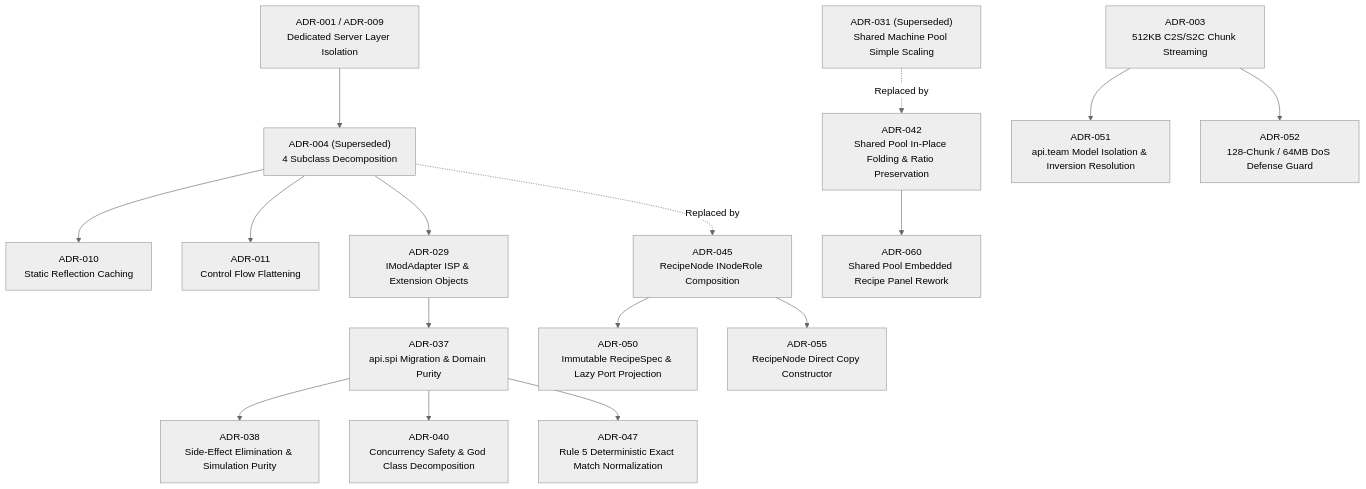
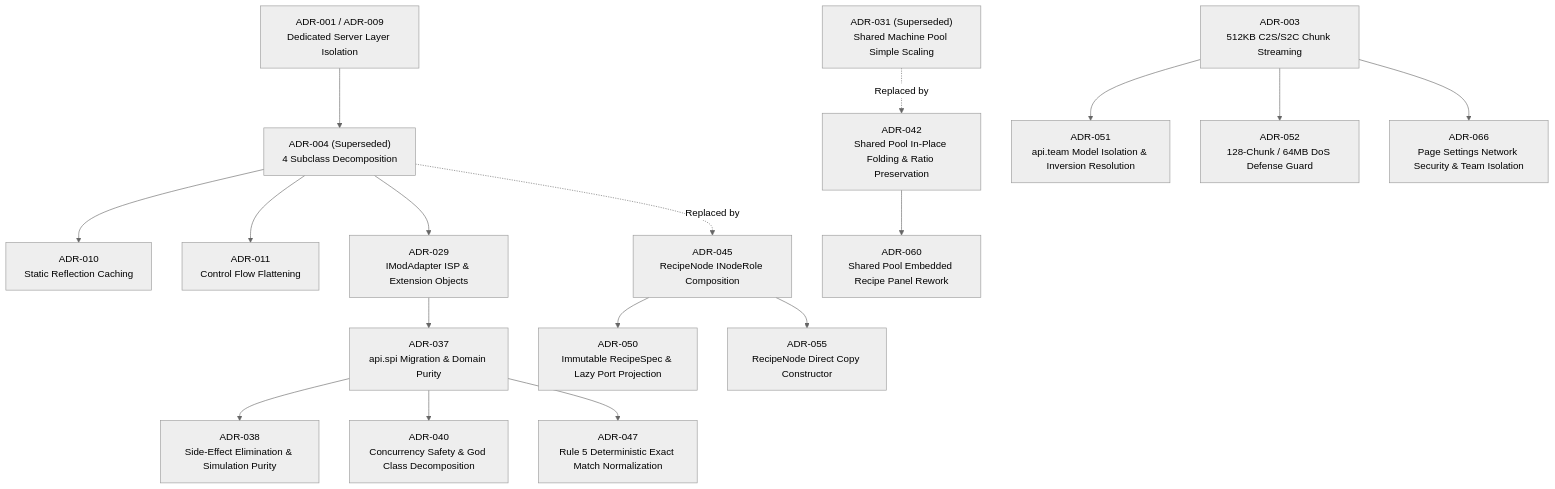
One commit to Amvermain/GregTechCalculatorBoard changed the fourth of 4 diagrams in docs/adr/README_EN.md. Above: the diagram before and after it, drawn with Mermaid (neutral theme). The commit also changed other lines of this file and 80 other files, not shown here.

````diff
--- a/docs/adr/README_EN.md
+++ b/docs/adr/README_EN.md
@@ -85,18 +85,19 @@
 ```mermaid
 flowchart TD
     ADR001["ADR-001 / ADR-009<br/>Dedicated Server Layer Isolation"] --> ADR004["ADR-004 (Superseded)<br/>4 Subclass Decomposition"]
     ADR004 --> ADR010["ADR-010<br/>Static Reflection Caching"]
     ADR004 --> ADR011["ADR-011<br/>Control Flow Flattening"]
     ADR004 --> ADR029["ADR-029<br/>IModAdapter ISP & Extension Objects"]
     ADR029 --> ADR037["ADR-037<br/>api.spi Migration & Domain Purity"]
     ADR037 --> ADR038["ADR-038<br/>Side-Effect Elimination & Simulation Purity"]
     ADR037 --> ADR040["ADR-040<br/>Concurrency Safety & God Class Decomposition"]
     ADR037 --> ADR047["ADR-047<br/>Rule 5 Deterministic Exact Match Normalization"]
     ADR004 -.->|Replaced by| ADR045["ADR-045<br/>RecipeNode INodeRole Composition"]
     ADR045 --> ADR050["ADR-050<br/>Immutable RecipeSpec & Lazy Port Projection"]
     ADR045 --> ADR055["ADR-055<br/>RecipeNode Direct Copy Constructor"]
     ADR031["ADR-031 (Superseded)<br/>Shared Machine Pool Simple Scaling"] -.->|Replaced by| ADR042["ADR-042<br/>Shared Pool In-Place Folding & Ratio Preservation"]
     ADR042 --> ADR060["ADR-060<br/>Shared Pool Embedded Recipe Panel Rework"]
     ADR003["ADR-003<br/>512KB C2S/S2C Chunk Streaming"] --> ADR051["ADR-051<br/>api.team Model Isolation & Inversion Resolution"]
     ADR003 --> ADR052["ADR-052<br/>128-Chunk / 64MB DoS Defense Guard"]
+    ADR003 --> ADR066["ADR-066<br/>Page Settings Network Security & Team Isolation"]
 ```
````
